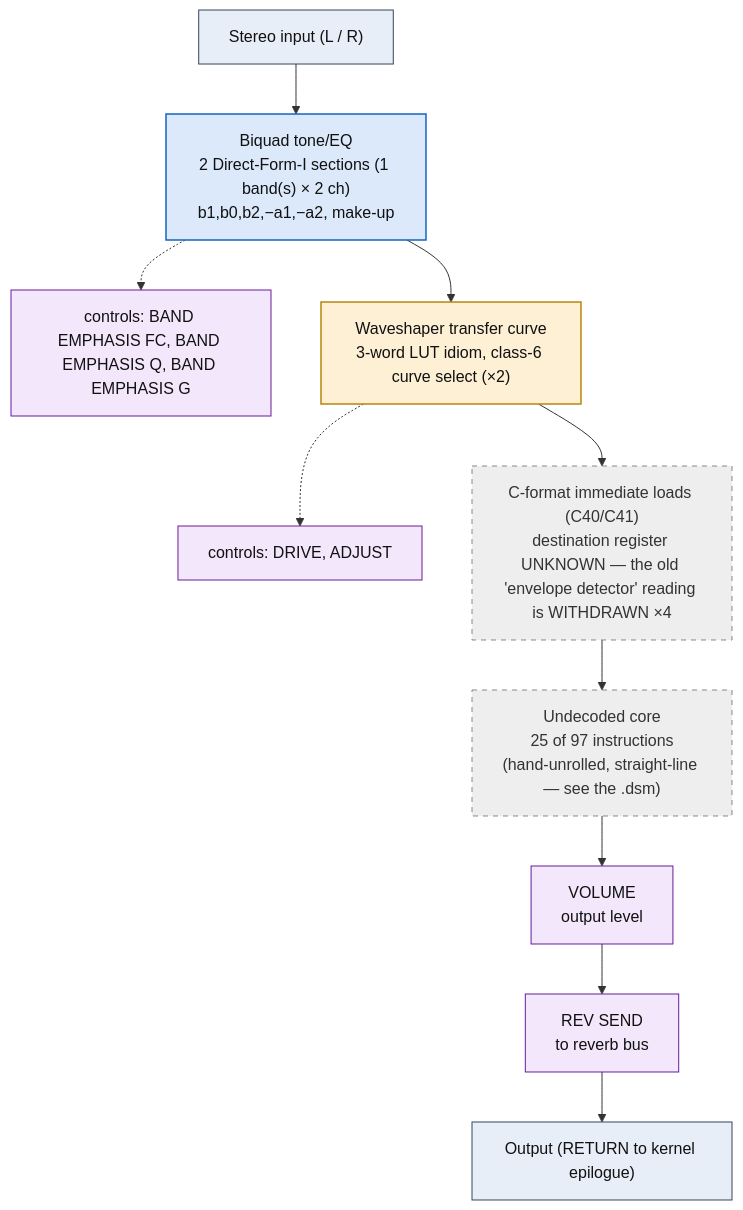
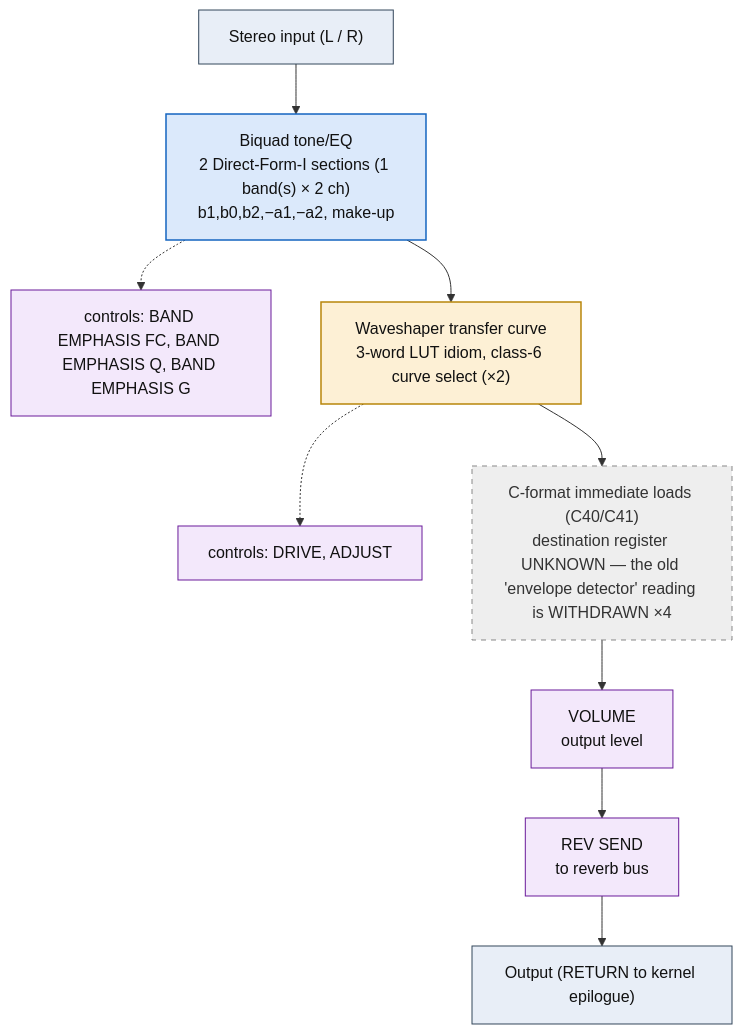
One commit to ArqueologiaDigital/kn5000-roms-disasm changed the diagram in dsp/flowcharts/prog97_peq_compr_overdr.md. Above: the diagram before and after it, drawn with Mermaid. The commit also changed other lines of this file and 39 other files, not shown here.

First line of the commit message:
dsp: annotate all flowcharts with the classic effect topology each shape matches

````diff
--- a/dsp/flowcharts/prog97_peq_compr_overdr.md
+++ b/dsp/flowcharts/prog97_peq_compr_overdr.md
@@ -12,34 +12,32 @@
 ```mermaid
 flowchart TD
     N0["Stereo input (L / R)"]
     N1["Biquad tone/EQ<br/>2 Direct-Form-I sections (1 band(s) &times; 2 ch)<br/>b1,b0,b2,&minus;a1,&minus;a2, make-up"]
     N0 --> N1
     N2["controls: BAND EMPHASIS FC, BAND EMPHASIS Q, BAND EMPHASIS G"]
     N1 -.-> N2
     N3["Waveshaper transfer curve<br/>3-word LUT idiom, class-6 curve select (&times;2)"]
     N1 --> N3
     N4["controls: DRIVE, ADJUST"]
     N3 -.-> N4
     N5["C-format immediate loads (C40/C41)<br/>destination register UNKNOWN &mdash; the old 'envelope detector' reading is WITHDRAWN &times;4"]
     N3 --> N5
-    N6["Undecoded core<br/>25 of 97 instructions<br/>(hand-unrolled, straight-line &mdash; see the .dsm)"]
+    N6["VOLUME<br/>output level"]
     N5 --> N6
-    N7["VOLUME<br/>output level"]
+    N7["REV SEND<br/>to reverb bus"]
     N6 --> N7
-    N8["REV SEND<br/>to reverb bus"]
+    N8["Output (RETURN to kernel epilogue)"]
     N7 --> N8
-    N9["Output (RETURN to kernel epilogue)"]
-    N8 --> N9
 
     classDef io fill:#e8eef7,stroke:#33475b,stroke-width:1px,color:#111;
     classDef proven fill:#d7f0d7,stroke:#2e7d32,stroke-width:2px,color:#111;
     classDef measured fill:#dbe9fb,stroke:#1565c0,stroke-width:1.5px,color:#111;
     classDef inferred fill:#fdf0d5,stroke:#b8860b,stroke-width:1.5px,color:#111;
     classDef open fill:#eeeeee,stroke:#888,stroke-width:1px,color:#333,stroke-dasharray:5 5;
     classDef ctrl fill:#f3e8fb,stroke:#6a1b9a,stroke-width:1px,color:#111;
-    class N0,N9 io;
+    class N0,N8 io;
     class N1 measured;
-    class N2,N4,N7,N8 ctrl;
+    class N2,N4,N6,N7 ctrl;
     class N3 inferred;
-    class N5,N6 open;
+    class N5 open;
 ```
````
